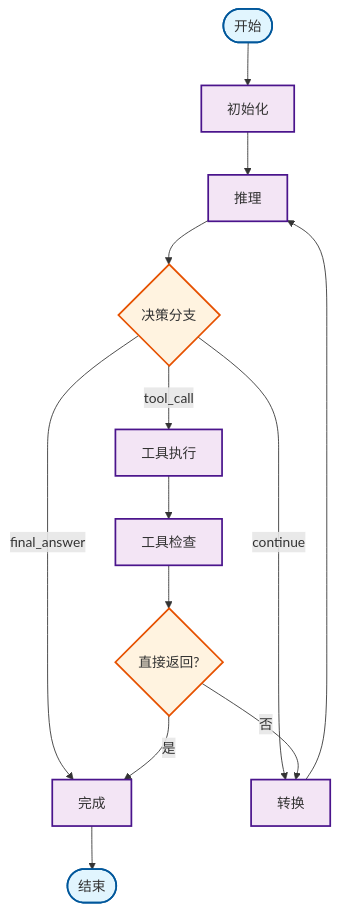
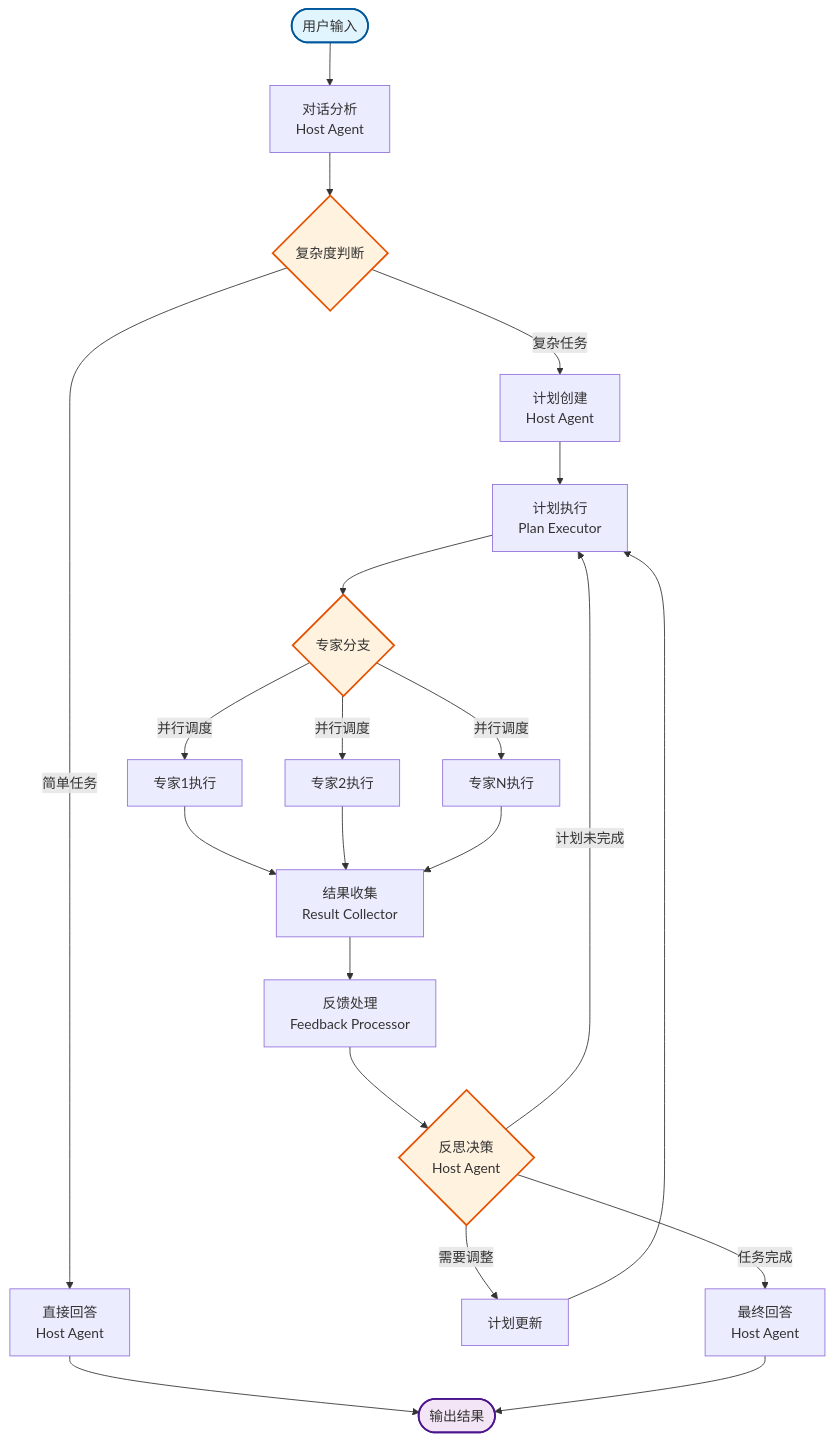
Before and after one commit to PGshen/thinking-map: the second of 3 diagrams in docs/blog/03-eino-and-multiagent.md, drawn with Mermaid. The commit also changed other lines of this file and 1 other file, not shown here.

Commit message:
docs(blog): enhance Eino multi-agent architecture article with detailed component design and execution flow

````diff
--- a/docs/blog/03-eino-and-multiagent.md
+++ b/docs/blog/03-eino-and-multiagent.md
@@ -62,22 +184,37 @@
 ```mermaid
 flowchart TD
-  Start([开始]) --> Init[初始化]
-  Init --> Reasoning[推理]
-  Reasoning --> Decision{决策分支}
-  Decision -->|tool_call| Tools[工具执行]
-  Decision -->|final_answer| Complete[完成]
-  Decision -->|continue| ToReasoning[转换]
-  Tools --> Checker[工具检查]
-  Checker --> CheckerBranch{直接返回?}
-  CheckerBranch -->|是| Complete
-  CheckerBranch -->|否| ToReasoning
-  ToReasoning --> Reasoning
-  Complete --> End([结束])
-
-  classDef startEnd fill:#e1f5fe,stroke:#01579b,stroke-width:2px
-  classDef process fill:#f3e5f5,stroke:#4a148c,stroke-width:2px
-  classDef decision fill:#fff3e0,stroke:#e65100,stroke-width:2px
-  class Start,End startEnd
-  class Init,Reasoning,Tools,Checker,ToReasoning,Complete process
-  class Decision,CheckerBranch decision
+    START([用户输入]) --> ANALYZE[对话分析<br/>Host Agent]
+    ANALYZE --> COMPLEXITY{复杂度判断}
+    
+    COMPLEXITY -->|简单任务| DIRECT[直接回答<br/>Host Agent]
+    COMPLEXITY -->|复杂任务| PLAN[计划创建<br/>Host Agent]
+    
+    DIRECT --> END([输出结果])
+    
+    PLAN --> EXECUTE[计划执行<br/>Plan Executor]
+    EXECUTE --> BRANCH{专家分支}
+    
+    BRANCH -->|并行调度| S1[专家1执行]
+    BRANCH -->|并行调度| S2[专家2执行]
+    BRANCH -->|并行调度| SN[专家N执行]
+    
+    S1 --> COLLECT[结果收集<br/>Result Collector]
+    S2 --> COLLECT
+    SN --> COLLECT
+    
+    COLLECT --> FEEDBACK[反馈处理<br/>Feedback Processor]
+    FEEDBACK --> REFLECT{反思决策<br/>Host Agent}
+    
+    REFLECT -->|计划未完成| EXECUTE
+    REFLECT -->|需要调整| UPDATE[计划更新]
+    REFLECT -->|任务完成| FINAL[最终回答<br/>Host Agent]
+    
+    UPDATE --> EXECUTE
+    FINAL --> END
+    
+    style START fill:#e1f5fe,stroke:#01579b,stroke-width:2px
+    style END fill:#f3e5f5,stroke:#4a148c,stroke-width:2px
+    style COMPLEXITY fill:#fff3e0,stroke:#e65100,stroke-width:2px
+    style BRANCH fill:#fff3e0,stroke:#e65100,stroke-width:2px
+    style REFLECT fill:#fff3e0,stroke:#e65100,stroke-width:2px
 ```
````
